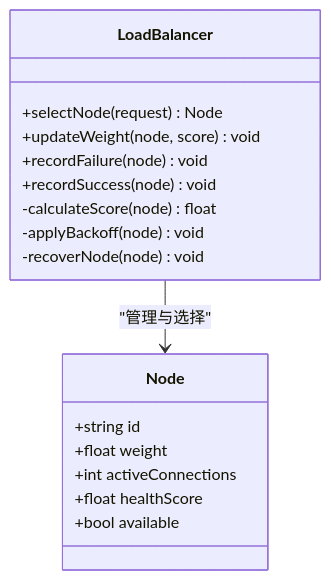
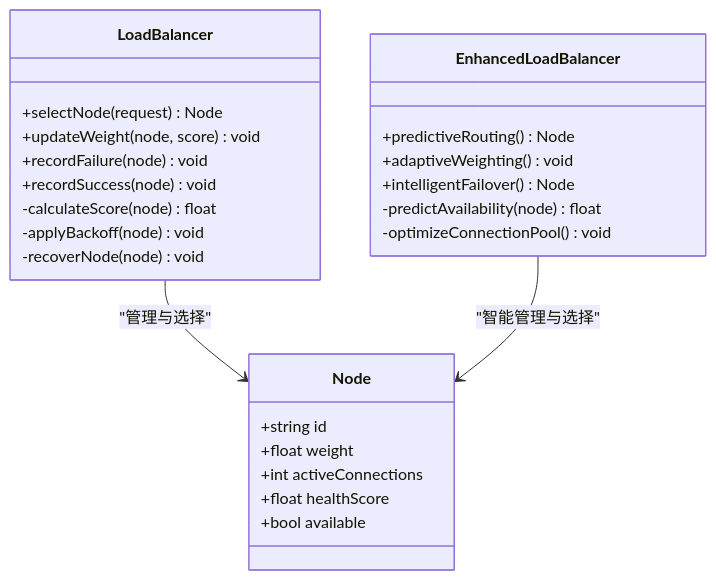
The sixth of 10 diagrams in .qoder/repowiki/zh/content/脚本库/镜像脚本/东京节点提供商.md (3kaiu/config), drawn with Mermaid before and after one commit. The commit also changed other lines of this file and 112 other files, not shown here.

````diff
--- a/.qoder/repowiki/zh/content/脚本库/镜像脚本/东京节点提供商.md
+++ b/.qoder/repowiki/zh/content/脚本库/镜像脚本/东京节点提供商.md
@@ -205,20 +270,28 @@
 ```mermaid
 classDiagram
 class LoadBalancer {
 +selectNode(request) Node
 +updateWeight(node, score) void
 +recordFailure(node) void
 +recordSuccess(node) void
 -calculateScore(node) float
 -applyBackoff(node) void
 -recoverNode(node) void
 }
+class EnhancedLoadBalancer {
++predictiveRouting() Node
++adaptiveWeighting() void
++intelligentFailover() Node
+-predictAvailability(node) float
+-optimizeConnectionPool() void
+}
 class Node {
 +string id
 +float weight
 +int activeConnections
 +float healthScore
 +bool available
 }
 LoadBalancer --> Node : "管理与选择"
+EnhancedLoadBalancer --> Node : "智能管理与选择"
 ```
````
